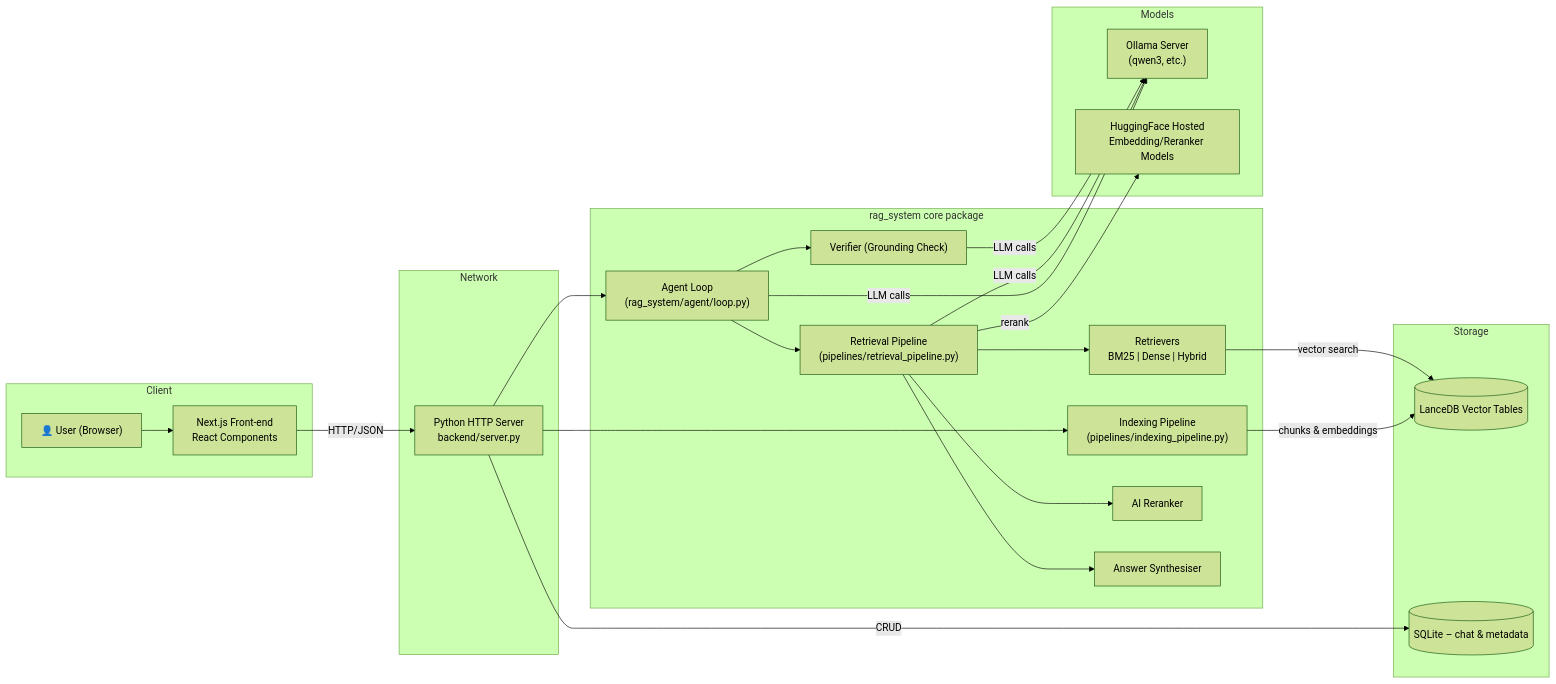
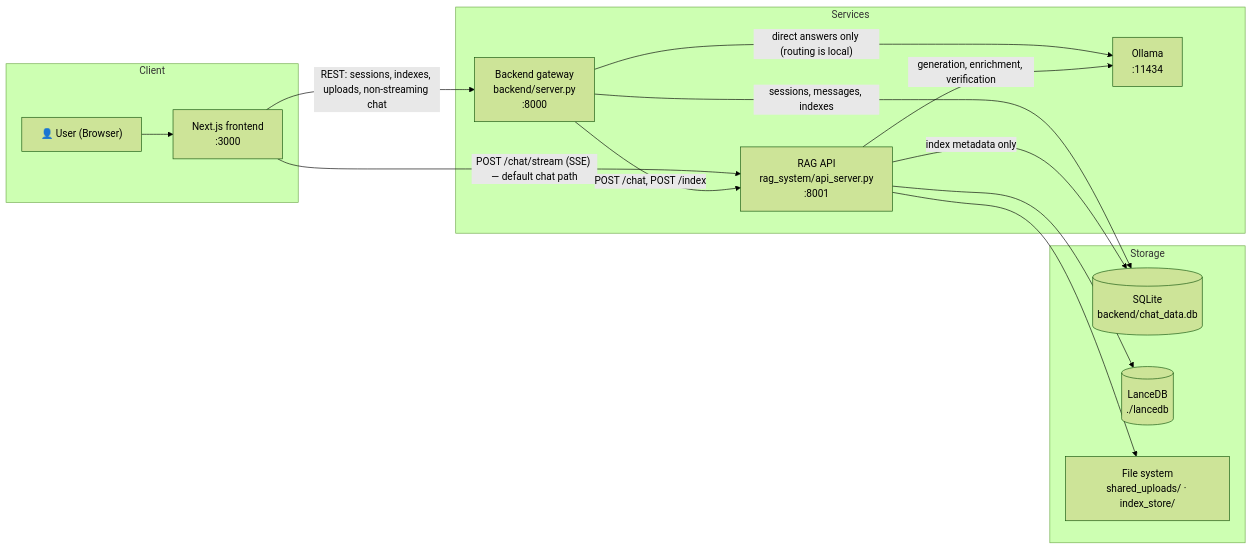
One commit to PromtEngineer/localGPT changed the first of 5 diagrams in Documentation/architecture_overview.md. Above: the diagram before and after it, drawn with Mermaid (forest theme). The commit also changed other lines of this file and 110 other files, not shown here.

````diff
--- a/Documentation/architecture_overview.md
+++ b/Documentation/architecture_overview.md
@@ -11,43 +13,31 @@
 ```mermaid
 flowchart LR
     subgraph Client
-        U["👤  User (Browser)"]
-        FE["Next.js Front-end\nReact Components"]
+        U["👤 User (Browser)"]
+        FE["Next.js frontend<br/>:3000"]
         U --> FE
     end
 
-    subgraph Network
-        FE -->|HTTP/JSON| BE["Python HTTP Server\nbackend/server.py"]
-    end
-
-    subgraph Core["rag_system core package"]
-        BE --> LOOP["Agent Loop\n(rag_system/agent/loop.py)"]
-        BE --> IDX["Indexing Pipeline\n(pipelines/indexing_pipeline.py)"]
-
-        LOOP --> RP["Retrieval Pipeline\n(pipelines/retrieval_pipeline.py)"]
-        LOOP --> VER["Verifier (Grounding Check)"]
-        RP --> RET["Retrievers\nBM25 | Dense | Hybrid"]
-        RP --> RER["AI Reranker"]
-        RP --> SYNT["Answer Synthesiser"]
+    subgraph Services
+        BE["Backend gateway<br/>backend/server.py<br/>:8000"]
+        RAG["RAG API<br/>rag_system/api_server.py<br/>:8001"]
+        OL["Ollama<br/>:11434"]
     end
 
     subgraph Storage
-        LDB[("LanceDB Vector Tables")]
-        SQL[("SQLite – chat & metadata")]
+        SQL[("SQLite<br/>backend/chat_data.db")]
+        LDB[("LanceDB<br/>./lancedb")]
+        FS["File system<br/>shared_uploads/ · index_store/"]
     end
 
-    subgraph Models
-        OLLAMA["Ollama Server\n(qwen3, etc.)"]
-        HF["HuggingFace Hosted\nEmbedding/Reranker Models"]
-    end
+    FE -->|"REST: sessions, indexes, uploads, non-streaming chat"| BE
+    FE -->|"POST /chat/stream (SSE) — default chat path"| RAG
+    BE -->|"POST /chat, POST /index"| RAG
+    BE -->|"direct answers only (routing is local)"| OL
+    RAG -->|"generation, enrichment, verification"| OL
 
-    %% data edges
-    IDX -->|chunks & embeddings| LDB
-    RET -->|vector search| LDB
-    LOOP -->|LLM calls| OLLAMA
-    RP -->|LLM calls| OLLAMA
-    VER -->|LLM calls| OLLAMA
-    RP -->|rerank| HF
-
-    BE -->|CRUD| SQL
+    BE -->|"sessions, messages, indexes"| SQL
+    RAG -->|"index metadata only"| SQL
+    RAG --> LDB
+    RAG --> FS
 ```
````
